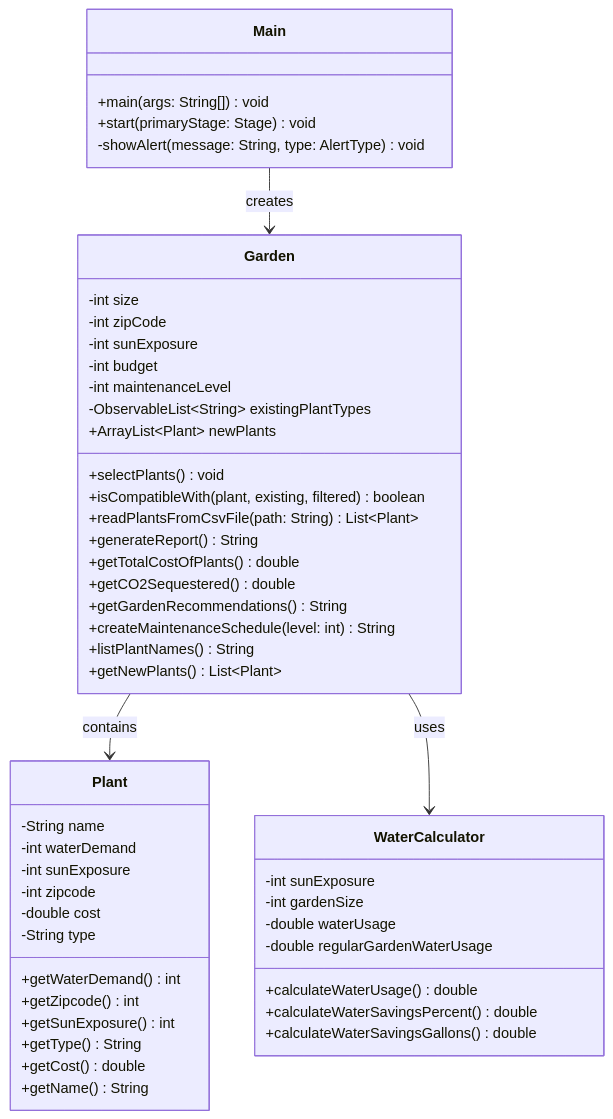
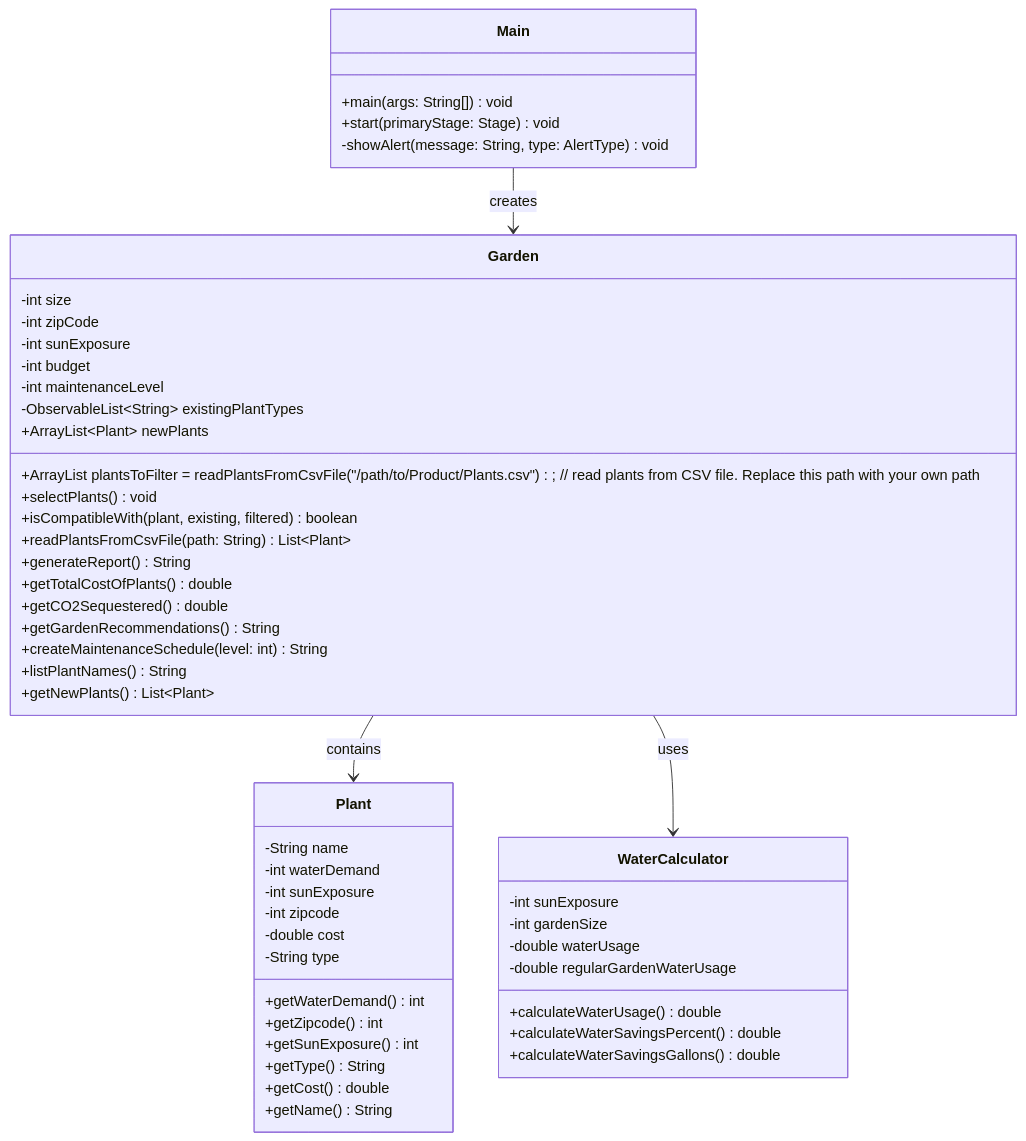
The third of 7 diagrams in README.md (RohanMuppa/GreenGarden), drawn with Mermaid before and after one commit. The commit also changed other lines of this file, not shown here.

````diff
--- a/README.md
+++ b/README.md
@@ -260,57 +260,58 @@
 ```mermaid
 classDiagram
     class Main {
         +main(args: String[]) void
         +start(primaryStage: Stage) void
         -showAlert(message: String, type: AlertType) void
     }
 
     class Garden {
         -int size
         -int zipCode
         -int sunExposure
         -int budget
         -int maintenanceLevel
         -ObservableList~String~ existingPlantTypes
+        +ArrayList<Plant> plantsToFilter = readPlantsFromCsvFile("/path/to/Product/Plants.csv"); // read plants from CSV file. Replace this path with your own path
         +ArrayList~Plant~ newPlants
         +selectPlants() void
         +isCompatibleWith(plant, existing, filtered) boolean
         +readPlantsFromCsvFile(path: String) List~Plant~
         +generateReport() String
         +getTotalCostOfPlants() double
         +getCO2Sequestered() double
         +getGardenRecommendations() String
         +createMaintenanceSchedule(level: int) String
         +listPlantNames() String
         +getNewPlants() List~Plant~
     }
 
     class Plant {
         -String name
         -int waterDemand
         -int sunExposure
         -int zipcode
         -double cost
         -String type
         +getWaterDemand() int
         +getZipcode() int
         +getSunExposure() int
         +getType() String
         +getCost() double
         +getName() String
     }
 
     class WaterCalculator {
         -int sunExposure
         -int gardenSize
         -double waterUsage
         -double regularGardenWaterUsage
         +calculateWaterUsage() double
         +calculateWaterSavingsPercent() double
         +calculateWaterSavingsGallons() double
     }
 
     Main --> Garden : creates
     Garden --> Plant : contains
     Garden --> WaterCalculator : uses
 ```
````
